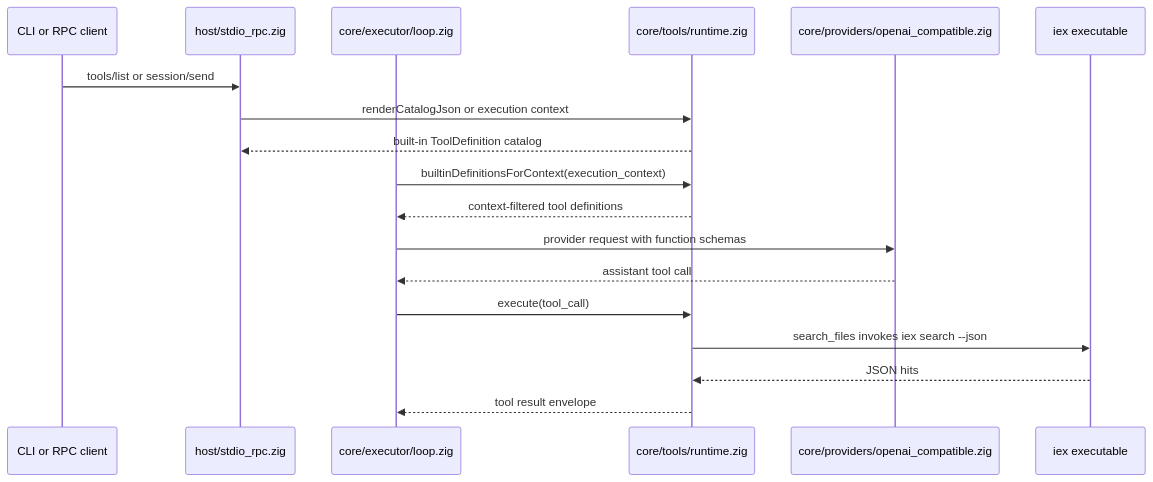
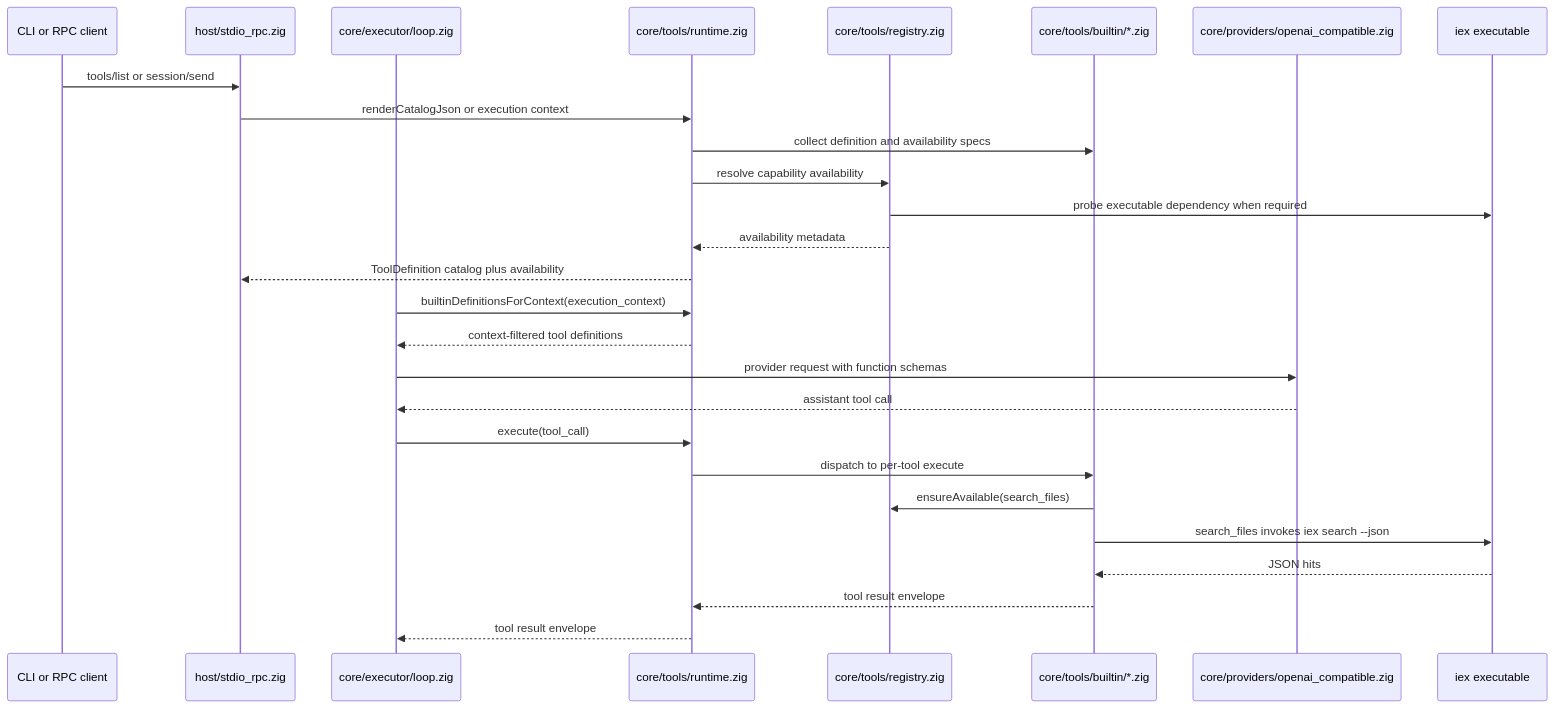
Before and after one commit to savageops/VANTARI-ONE: the fifth of 7 diagrams in apps/backend/variant-1/architecture.md, drawn with Mermaid. The commit also changed other lines of this file and 31 other files, not shown here.

````diff
--- a/apps/backend/variant-1/architecture.md
+++ b/apps/backend/variant-1/architecture.md
@@ -96,21 +138,30 @@
 ```mermaid
 sequenceDiagram
   participant C as CLI or RPC client
   participant H as host/stdio_rpc.zig
   participant L as core/executor/loop.zig
   participant T as core/tools/runtime.zig
+  participant R as core/tools/registry.zig
+  participant M as core/tools/builtin/*.zig
   participant P as core/providers/openai_compatible.zig
   participant I as iex executable
 
   C->>H: tools/list or session/send
   H->>T: renderCatalogJson or execution context
-  T-->>H: built-in ToolDefinition catalog
+  T->>M: collect definition and availability specs
+  T->>R: resolve capability availability
+  R->>I: probe executable dependency when required
+  R-->>T: availability metadata
+  T-->>H: ToolDefinition catalog plus availability
   L->>T: builtinDefinitionsForContext(execution_context)
   T-->>L: context-filtered tool definitions
   L->>P: provider request with function schemas
   P-->>L: assistant tool call
   L->>T: execute(tool_call)
-  T->>I: search_files invokes iex search --json
-  I-->>T: JSON hits
+  T->>M: dispatch to per-tool execute
+  M->>R: ensureAvailable(search_files)
+  M->>I: search_files invokes iex search --json
+  I-->>M: JSON hits
+  M-->>T: tool result envelope
   T-->>L: tool result envelope
 ```
````
